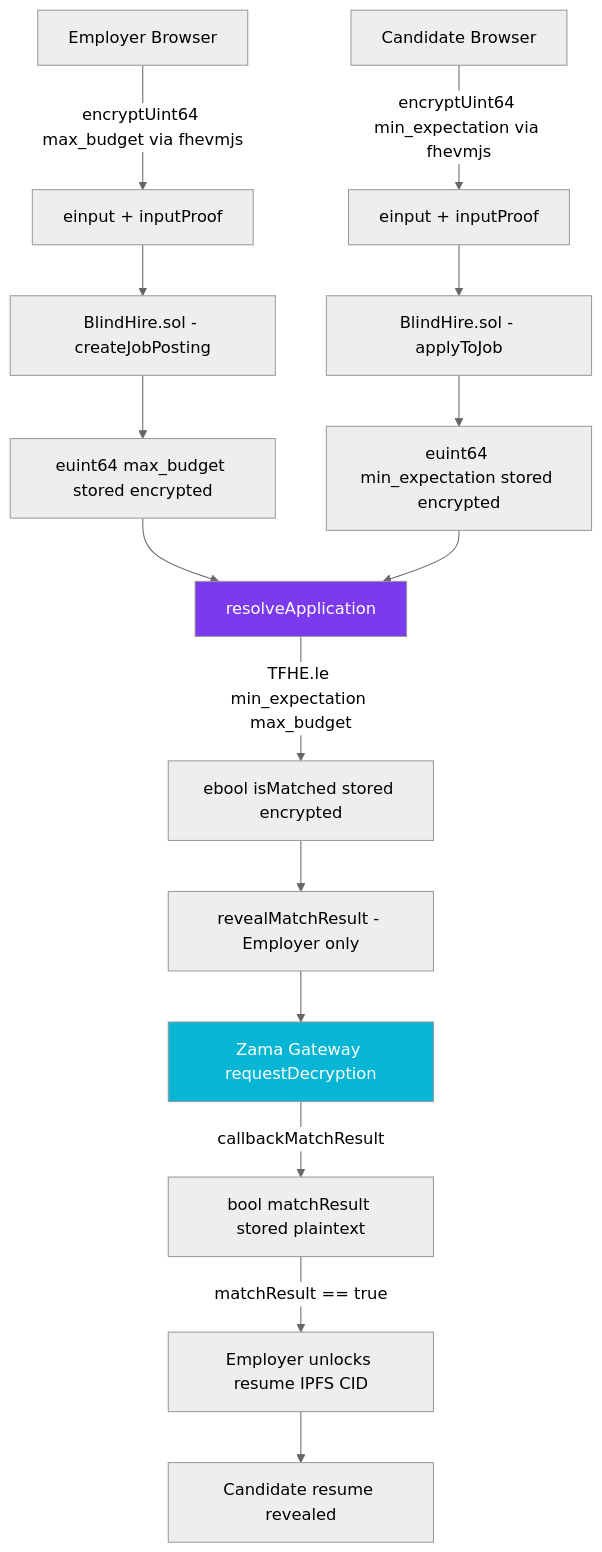
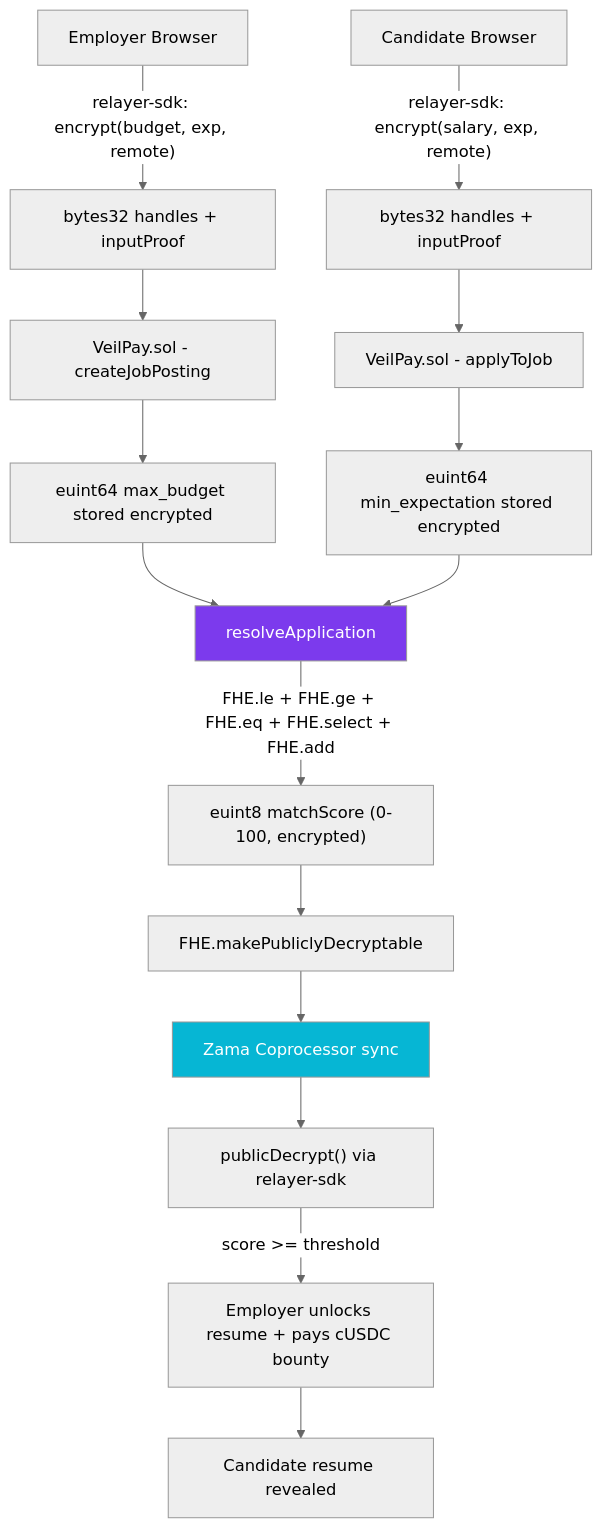
The diagram in docs/ARCHITECTURE.md (mrnetwork0001/VeilPay), drawn with Mermaid (neutral theme) before and after one commit. The commit also changed other lines of this file and 8 other files, not shown here.

````diff
--- a/docs/ARCHITECTURE.md
+++ b/docs/ARCHITECTURE.md
@@ -15,25 +15,25 @@
 ```mermaid
 graph TD
-    A[Employer Browser] -->|encryptUint64 max_budget via fhevmjs| B[einput + inputProof]
-    B --> C[BlindHire.sol - createJobPosting]
+    A[Employer Browser] -->|"relayer-sdk: encrypt(budget, exp, remote)"| B[bytes32 handles + inputProof]
+    B --> C[VeilPay.sol - createJobPosting]
     
-    D[Candidate Browser] -->|encryptUint64 min_expectation via fhevmjs| E[einput + inputProof]
-    E --> F[BlindHire.sol - applyToJob]
+    D[Candidate Browser] -->|"relayer-sdk: encrypt(salary, exp, remote)"| E[bytes32 handles + inputProof]
+    E --> F[VeilPay.sol - applyToJob]
     
     C --> G[euint64 max_budget stored encrypted]
     F --> H[euint64 min_expectation stored encrypted]
     
     G --> I[resolveApplication]
     H --> I
-    I -->|TFHE.le min_expectation max_budget| J[ebool isMatched stored encrypted]
+    I -->|"FHE.le + FHE.ge + FHE.eq + FHE.select + FHE.add"| J["euint8 matchScore (0-100, encrypted)"]
     
-    J --> K[revealMatchResult - Employer only]
-    K --> L[Zama Gateway requestDecryption]
-    L -->|callbackMatchResult| M[bool matchResult stored plaintext]
+    J --> K[FHE.makePubliclyDecryptable]
+    K --> L[Zama Coprocessor sync]
+    L --> M["publicDecrypt() via relayer-sdk"]
     
-    M -->|matchResult == true| N[Employer unlocks resume IPFS CID]
+    M -->|"score >= threshold"| N[Employer unlocks resume + pays cUSDC bounty]
     N --> O[Candidate resume revealed]
     
     style I fill:#7C3AED,color:#fff
     style L fill:#06B6D4,color:#fff
 ```
````
